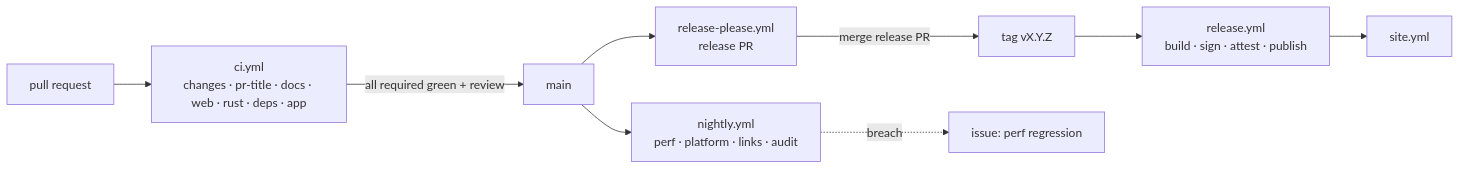
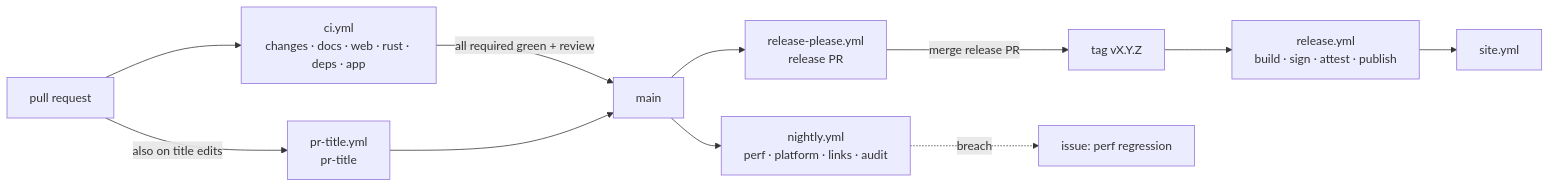
Before and after one commit to miklol/Muna: the diagram in docs/11-ci-cd.md, drawn with Mermaid. The commit also changed other lines of this file and 4 other files, not shown here.

````diff
--- a/docs/11-ci-cd.md
+++ b/docs/11-ci-cd.md
@@ -150,11 +151,13 @@
 ```mermaid
 flowchart LR
-  PR[pull request] --> CI[ci.yml<br/>changes · pr-title · docs · web · rust · deps · app]
+  PR[pull request] --> CI[ci.yml<br/>changes · docs · web · rust · deps · app]
+  PR -->|also on title edits| PT[pr-title.yml<br/>pr-title]
   CI -->|all required green + review| M[main]
+  PT --> M
   M --> RP[release-please.yml<br/>release PR]
   M --> N[nightly.yml<br/>perf · platform · links · audit]
   RP -->|merge release PR| T[tag vX.Y.Z]
   T --> R[release.yml<br/>build · sign · attest · publish]
   R --> S[site.yml]
   N -.->|breach| I[issue: perf regression]
 ```
````
